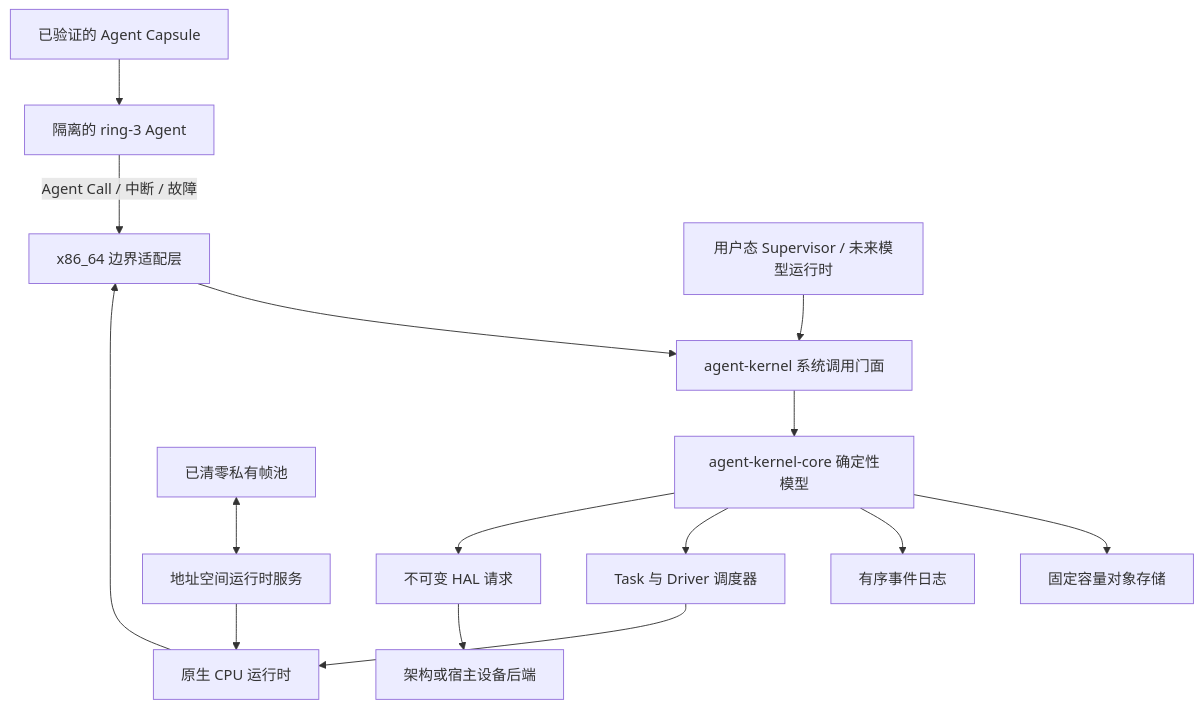
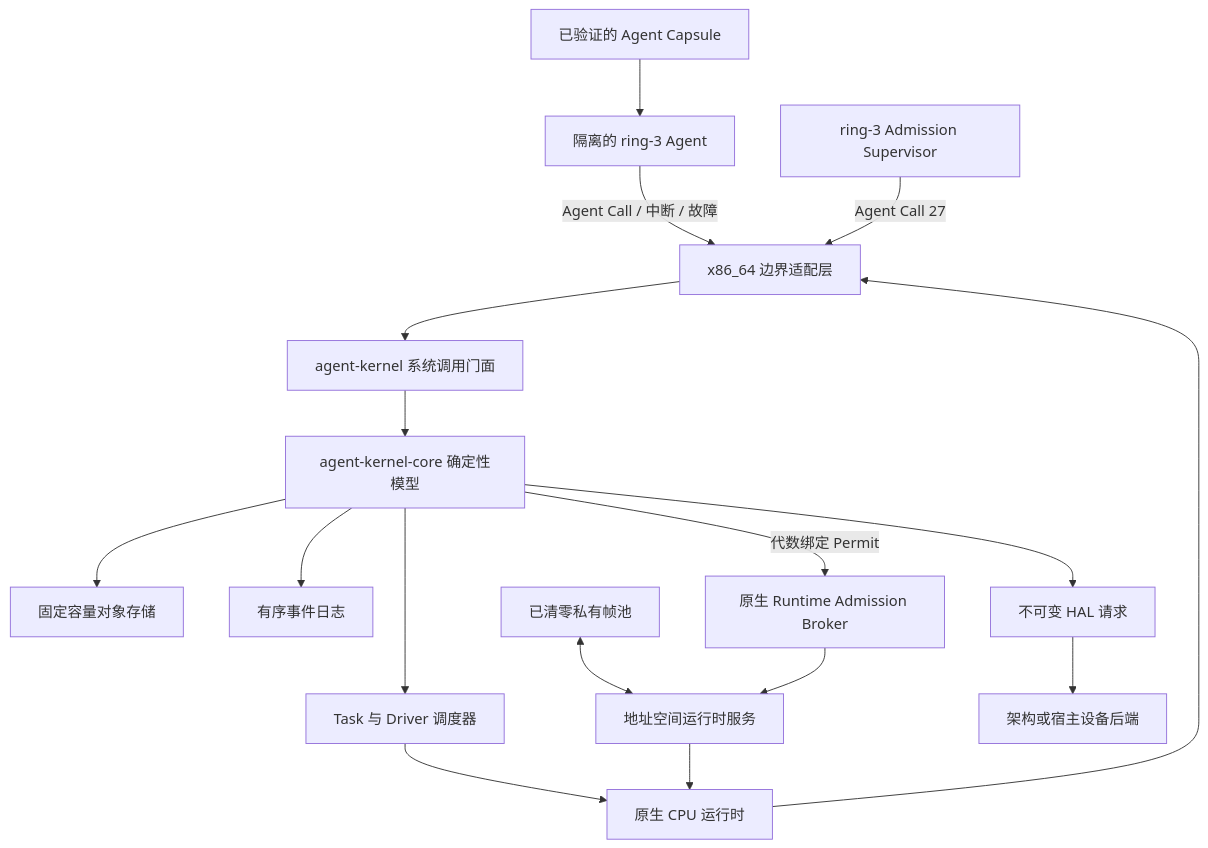
Before and after one commit to Evan-master/agent-kernel: the diagram in README.zh-CN.md, drawn with Mermaid. The commit also changed other lines of this file and 3 other files, not shown here.

Commit message:
docs: close runtime admission milestone

````diff
--- a/README.zh-CN.md
+++ b/README.zh-CN.md
@@ -109,17 +119,19 @@
 ```mermaid
 flowchart TB
     Capsule["已验证的 Agent Capsule"] --> Ring3["隔离的 ring-3 Agent"]
     Ring3 -->|"Agent Call / 中断 / 故障"| X86["x86_64 边界适配层"]
     X86 --> Facade["agent-kernel 系统调用门面"]
     Facade --> Core["agent-kernel-core 确定性模型"]
     Core --> Stores["固定容量对象存储"]
     Core --> Events["有序事件日志"]
     Core --> Scheduler["Task 与 Driver 调度器"]
     Scheduler --> Runtime["原生 CPU 运行时"]
     Runtime --> X86
     FramePool["已清零私有帧池"] <--> AddressService["地址空间运行时服务"]
+    Broker["原生 Runtime Admission Broker"] --> AddressService
+    Core -->|"代数绑定 Permit"| Broker
     AddressService --> Runtime
     Core --> HAL["不可变 HAL 请求"]
     HAL --> Device["架构或宿主设备后端"]
-    Supervisor["用户态 Supervisor / 未来模型运行时"] --> Facade
+    Supervisor["ring-3 Admission Supervisor"] -->|"Agent Call 27"| X86
 ```
````
